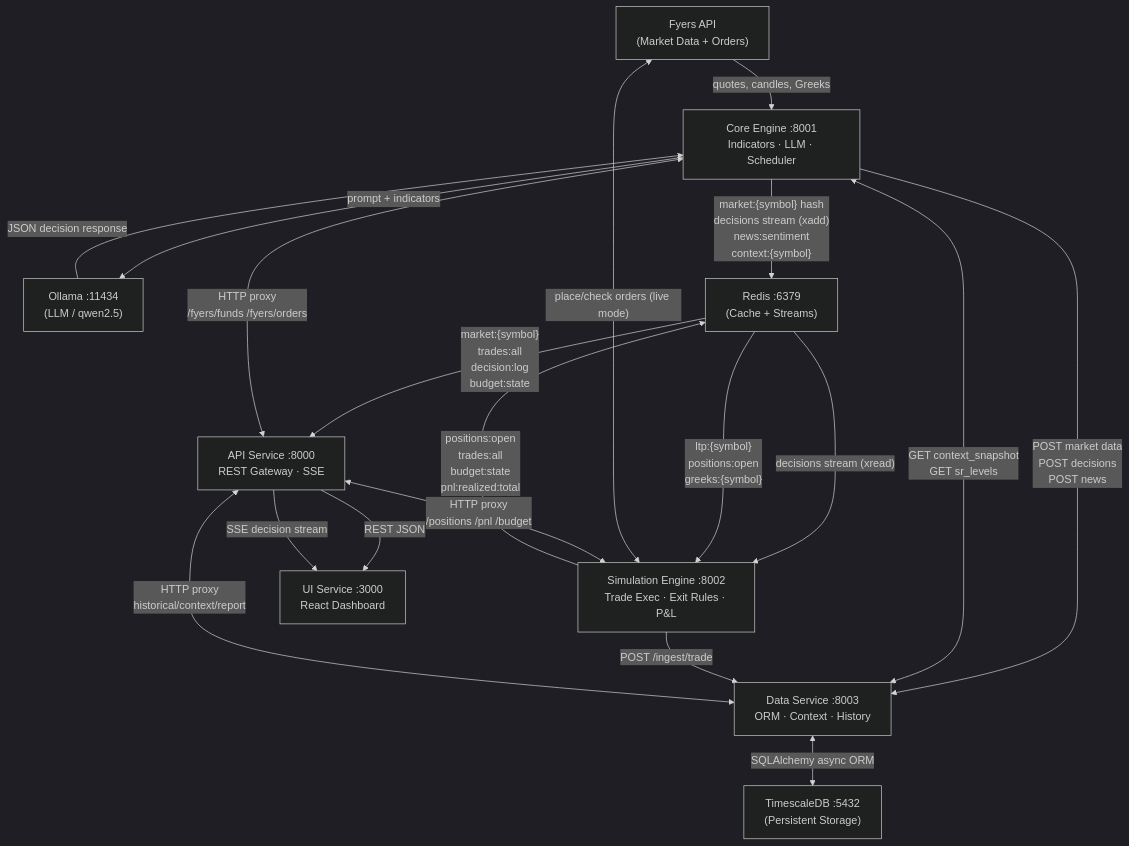
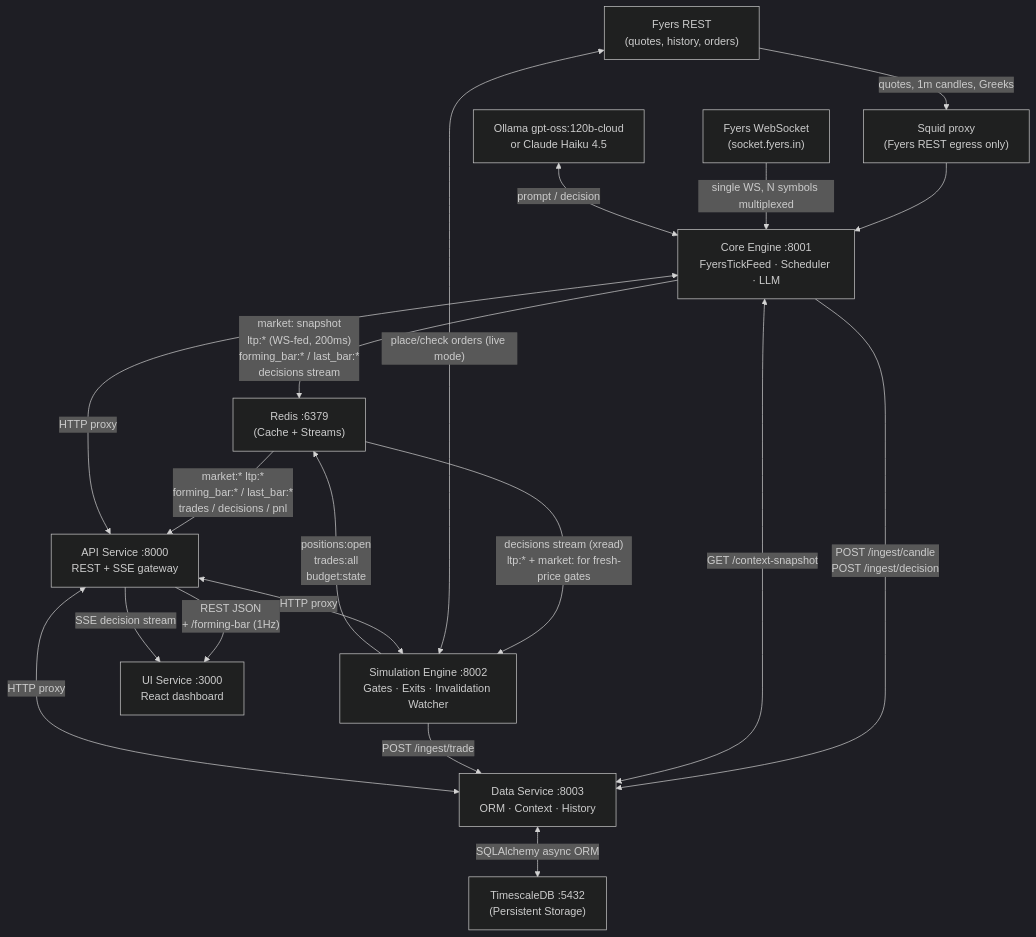
One commit to rickydjohn/fyers-autotrader changed the first of 4 diagrams in ARCHITECTURE.md. Above: the diagram before and after it, drawn with Mermaid (dark theme). The commit also changed other lines of this file and 1 other file, not shown here.

First line of the commit message:
docs: refresh ARCHITECTURE.md + README.md for the WS migration

````diff
--- a/ARCHITECTURE.md
+++ b/ARCHITECTURE.md
@@ -5,36 +5,39 @@
 ```mermaid
 graph TD
-    FYERS["Fyers API\n(Market Data + Orders)"]
-    OLLAMA["Ollama :11434\n(LLM / qwen2.5)"]
+    FYERS_REST["Fyers REST\n(quotes, history, orders)"]
+    FYERS_WS["Fyers WebSocket\n(socket.fyers.in)"]
+    OLLAMA["Ollama gpt-oss:120b-cloud\nor Claude Haiku 4.5"]
     REDIS["Redis :6379\n(Cache + Streams)"]
     TSDB["TimescaleDB :5432\n(Persistent Storage)"]
+    SQUID["Squid proxy\n(Fyers REST egress only)"]
 
-    CORE["Core Engine :8001\nIndicators · LLM · Scheduler"]
-    SIM["Simulation Engine :8002\nTrade Exec · Exit Rules · P&L"]
+    CORE["Core Engine :8001\nFyersTickFeed · Scheduler · LLM"]
+    SIM["Simulation Engine :8002\nGates · Exits · Invalidation Watcher"]
     DATA["Data Service :8003\nORM · Context · History"]
-    API["API Service :8000\nREST Gateway · SSE"]
-    UI["UI Service :3000\nReact Dashboard"]
+    API["API Service :8000\nREST + SSE gateway"]
+    UI["UI Service :3000\nReact dashboard"]
 
-    FYERS -->|"quotes, candles, Greeks"| CORE
-    CORE -->|"POST market data\nPOST decisions\nPOST news"| DATA
-    CORE -->|"market:{symbol} hash\ndecisions stream (xadd)\nnews:sentiment\ncontext:{symbol}"| REDIS
-    CORE <-->|"GET context_snapshot\nGET sr_levels"| DATA
-    OLLAMA -->|"JSON decision response"| CORE
-    CORE -->|"prompt + indicators"| OLLAMA
+    FYERS_REST -->|"quotes, 1m candles, Greeks"| SQUID
+    SQUID --> CORE
+    FYERS_WS -->|"single WS, N symbols multiplexed"| CORE
 
-    REDIS -->|"decisions stream (xread)"| SIM
-    REDIS -->|"ltp:{symbol}\npositions:open\ngreeks:{symbol}"| SIM
-    SIM -->|"positions:open\ntrades:all\nbudget:state\npnl:realized:total"| REDIS
+    CORE -->|"market: snapshot\nltp:* (WS-fed, 200ms)\nforming_bar:* / last_bar:*\ndecisions stream"| REDIS
+    CORE -->|"POST /ingest/candle\nPOST /ingest/decision"| DATA
+    CORE <-->|"GET /context-snapshot"| DATA
+    OLLAMA <-->|"prompt / decision"| CORE
+
+    REDIS -->|"decisions stream (xread)\nltp:* + market: for fresh-price gates"| SIM
+    SIM -->|"positions:open\ntrades:all\nbudget:state"| REDIS
     SIM -->|"POST /ingest/trade"| DATA
-    FYERS <-->|"place/check orders (live mode)"| SIM
+    FYERS_REST <-->|"place/check orders (live mode)"| SIM
 
     DATA <-->|"SQLAlchemy async ORM"| TSDB
 
-    REDIS -->|"market:{symbol}\ntrades:all\ndecision:log\nbudget:state"| API
-    API <-->|"HTTP proxy\n/positions /pnl /budget"| SIM
-    API <-->|"HTTP proxy\n/fyers/funds /fyers/orders"| CORE
-    API <-->|"HTTP proxy\nhistorical/context/report"| DATA
+    REDIS -->|"market:*  ltp:*\nforming_bar:* / last_bar:*\ntrades / decisions / pnl"| API
+    API <-->|"HTTP proxy"| SIM
+    API <-->|"HTTP proxy"| CORE
+    API <-->|"HTTP proxy"| DATA
 
-    API -->|"REST JSON"| UI
+    API -->|"REST JSON\n+ /forming-bar (1Hz)"| UI
     API -->|"SSE decision stream"| UI
 ```
````
